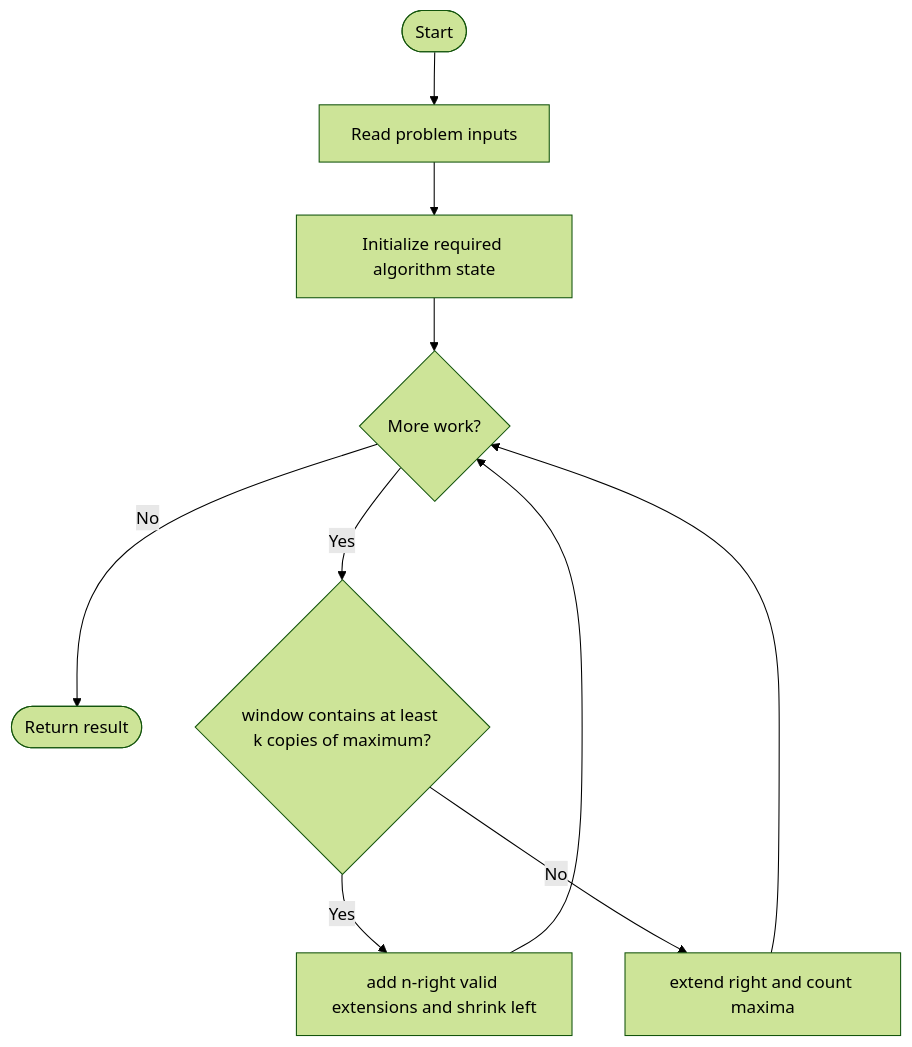
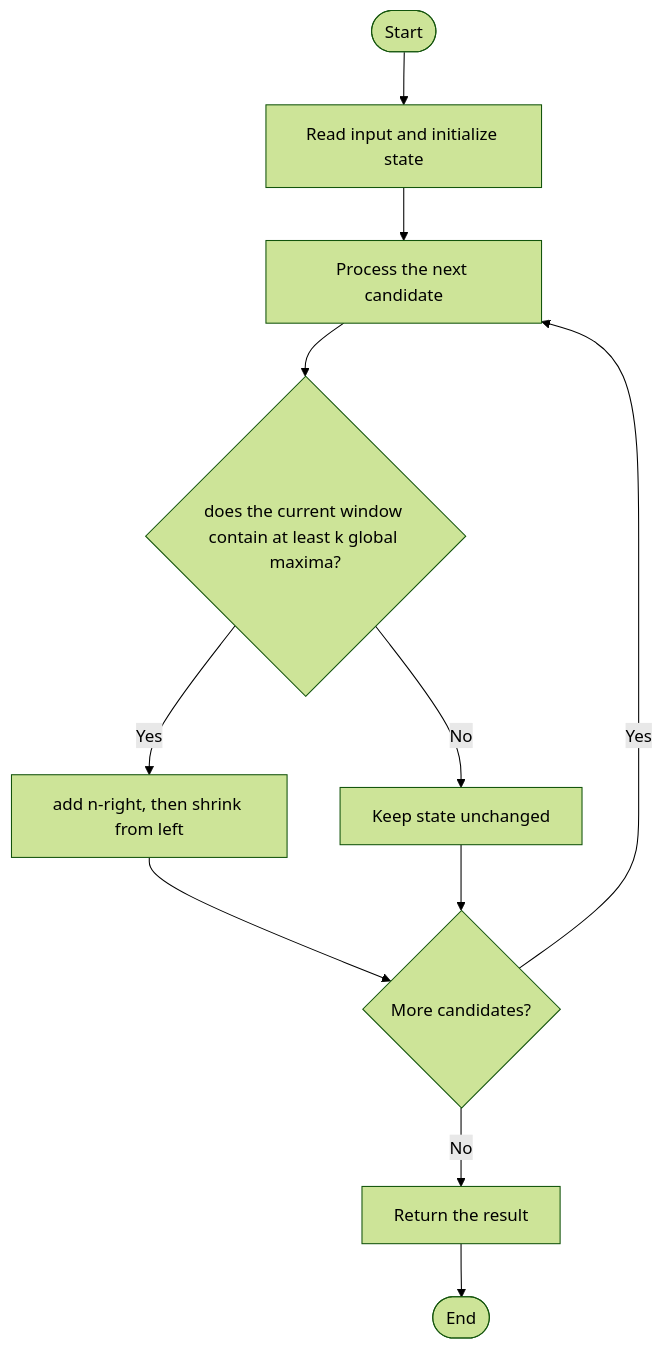
Before and after one commit to SAIDEEPBHANGE/C-CPP-Codes: the diagram in LeetCode/2962/README.md, drawn with Mermaid (forest theme). The commit also changed other lines of this file and 196 other files, not shown here.

````diff
--- a/LeetCode/2962/README.md
+++ b/LeetCode/2962/README.md
@@ -13,12 +27,13 @@
 ```mermaid
 flowchart TD
-    A([Start]) --> B[Read problem inputs]
-    B --> C[Initialize required algorithm state]
-    C --> D{More work?}
-    D -- No --> Z([Return result])
-    D -- Yes --> E{window contains at least k copies of maximum?}
-    E -- Yes --> F[add n-right valid extensions and shrink left]
-    E -- No --> G[extend right and count maxima]
-    F --> D
-    G --> D
+    A([Start]) --> B[Read input and initialize state]
+    B --> C[Process the next candidate]
+    C --> D{does the current window contain at least k global maxima?}
+    D -->|Yes| E[add n-right, then shrink from left]
+    D -->|No| F[Keep state unchanged]
+    E --> G{More candidates?}
+    F --> G
+    G -->|Yes| C
+    G -->|No| H[Return the result]
+    H --> I([End])
 ```
````
